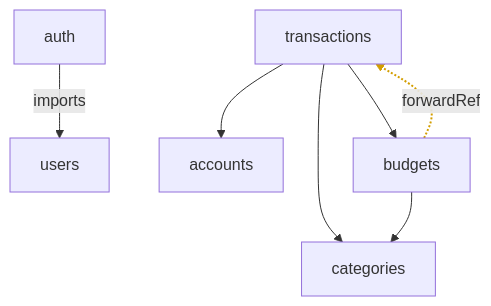
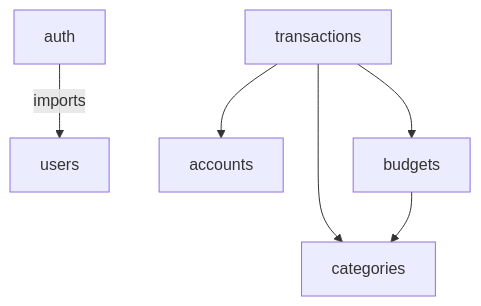
The second of 6 diagrams in docs/architecture.md (vicentera0957-arch/personal-finance-api), drawn with Mermaid before and after one commit. The commit also changed other lines of this file and 14 other files, not shown here.

````diff
--- a/docs/architecture.md
+++ b/docs/architecture.md
@@ -55,13 +57,9 @@
 ```mermaid
 graph TD
     auth["auth"] -->|imports| users["users"]
 
     transactions["transactions"] --> accounts["accounts"]
     transactions --> categories["categories"]
     transactions --> budgets["budgets"]
     budgets --> categories
-
-    budgets -. forwardRef .-> transactions
-
-    linkStyle 5 stroke:#d39e00,stroke-width:2px;
 ```
````
